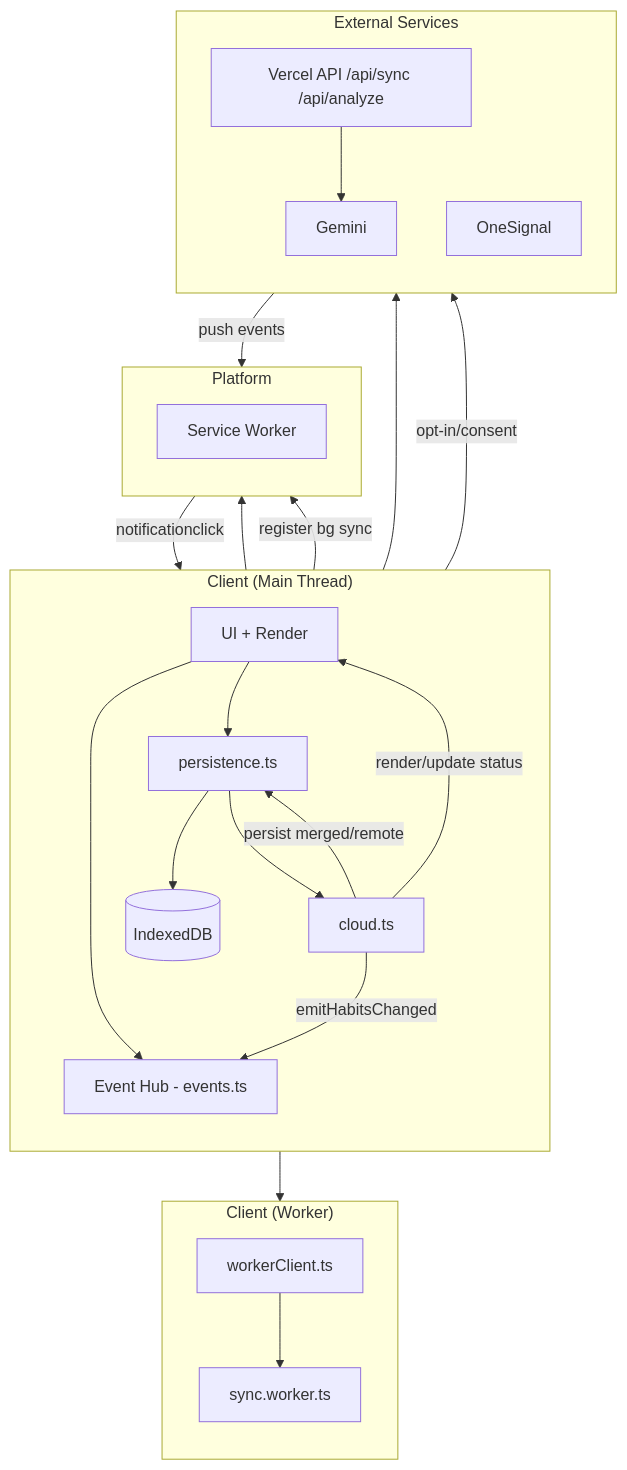
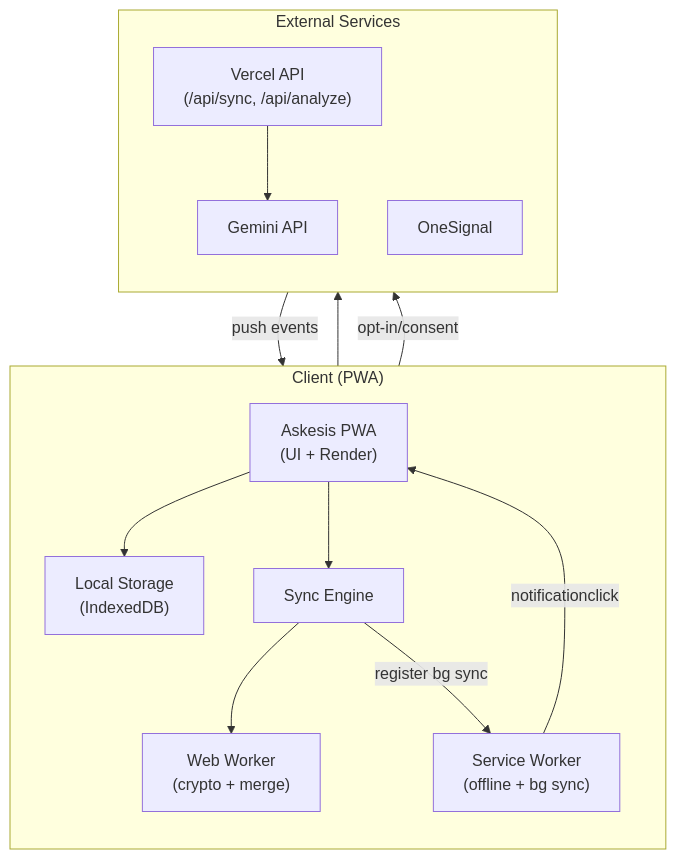
One commit to farifran/askesis changed the first of 7 diagrams in README.md. Above: the diagram before and after it, drawn with Mermaid. The commit also changed other lines of this file and 1 other file, not shown here.

Commit message:
Atualiza diagramas de arquitetura para refletir a nova estrutura do cliente PWA e melhorar a clareza dos fluxos de dados

````diff
--- a/README.md
+++ b/README.md
@@ -212,54 +157,30 @@
 ```mermaid
 flowchart TB
-  %% Layout em camadas para reduzir cruzamentos
-  subgraph Client["Client (Main Thread)"]
+  %% Nível 2 = visão de containers (sem repetir nomes de arquivos do Nível 3)
+  subgraph Client["Client (PWA)"]
     direction TB
-    UI[UI + Render]
-    EV["Event Hub - events.ts"]
-    PERSIST[persistence.ts]
-    IDB[(IndexedDB)]
-    CLOUD[cloud.ts]
+    PWA["Askesis PWA\n(UI + Render)"]
+    Sync["Sync Engine"]
+    Store["Local Storage\n(IndexedDB)"]
+    SW["Service Worker\n(offline + bg sync)"]
+    Worker["Web Worker\n(crypto + merge)"]
   end
 
-  subgraph Worker["Client (Worker)"]
+  subgraph External["External Services"]
     direction TB
-    WRPC[workerClient.ts]
-    W[sync.worker.ts]
+    API["Vercel API\n(/api/sync, /api/analyze)"]
+    AI["Gemini API"]
+    PUSH["OneSignal"]
   end
 
-  subgraph Platform["Platform"]
-    direction TB
-    SW[Service Worker]
-  end
+  %% Core flows
+  PWA --> Store
+  PWA --> Sync
+  Sync --> Worker
+  Sync --> API --> AI
 
-  subgraph Cloud["External Services"]
-    direction TB
-    API[Vercel API /api/sync /api/analyze]
-    AI[Gemini]
-    PUSH[OneSignal]
-  end
-
-  %% Main thread
-  UI --> EV
-  UI --> PERSIST
-  PERSIST --> IDB
-  PERSIST --> CLOUD
-
-  %% Cloud orchestration (worker + remote)
-  CLOUD --> WRPC --> W
-  CLOUD --> API --> AI
-
-  %% Return paths (remote updates + UI refresh)
-  CLOUD -->|persist merged/remote| PERSIST
-  CLOUD -->|render/update status| UI
-  CLOUD -->|emitHabitsChanged| EV
-
-  %% Service Worker (offline + background sync)
-  UI --> SW
-  CLOUD -->|register bg sync| SW
-
-  %% Push notifications (delivery goes to SW)
-  UI -->|opt-in/consent| PUSH
-  PUSH -->|push events| SW
-  SW -->|notificationclick| UI
+  %% Background sync + push notifications
+  Sync -->|register bg sync| SW
+  PWA -->|opt-in/consent| PUSH
+  PUSH -->|push events| SW -->|notificationclick| PWA
 ```
````
